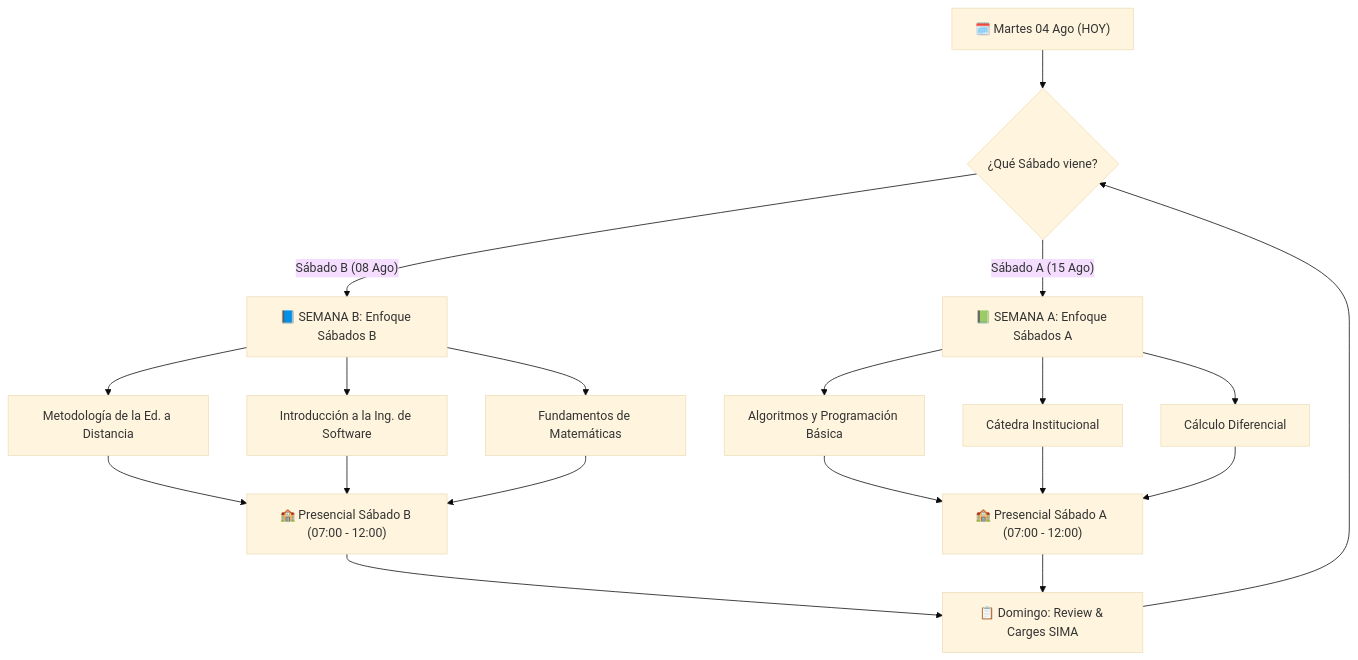
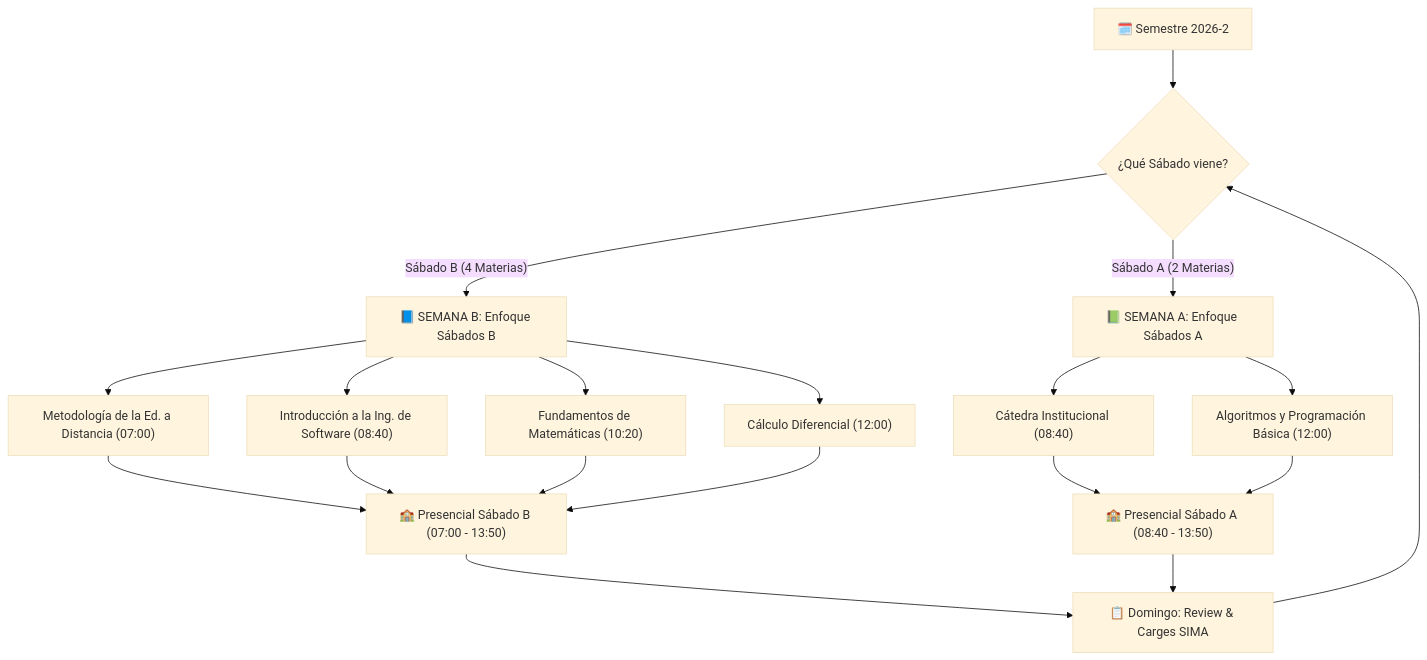
Before and after one commit to e12jassir/UDC: the diagram in Horario y Roadmap Semestral.md, drawn with Mermaid (base theme). The commit also changed other lines of this file and 4 other files, not shown here.

````diff
--- a/Horario y Roadmap Semestral.md
+++ b/Horario y Roadmap Semestral.md
@@ -65,20 +67,20 @@
 ```mermaid
 graph TD
-    A["🗓️ Martes 04 Ago (HOY)"] --> B{"¿Qué Sábado viene?"}
+    A["🗓️ Semestre 2026-2"] --> B{"¿Qué Sábado viene?"}
     
-    B -- "Sábado B (08 Ago)" --> C["📘 SEMANA B: Enfoque Sábados B"]
-    C --> C1["Metodología de la Ed. a Distancia"]
-    C --> C2["Introducción a la Ing. de Software"]
-    C --> C3["Fundamentos de Matemáticas"]
-    C1 & C2 & C3 --> D["🏫 Presencial Sábado B (07:00 - 12:00)"]
+    B -- "Sábado B (4 Materias)" --> C["📘 SEMANA B: Enfoque Sábados B"]
+    C --> C1["Metodología de la Ed. a Distancia (07:00)"]
+    C --> C2["Introducción a la Ing. de Software (08:40)"]
+    C --> C3["Fundamentos de Matemáticas (10:20)"]
+    C --> C4["Cálculo Diferencial (12:00)"]
+    C1 & C2 & C3 & C4 --> D["🏫 Presencial Sábado B (07:00 - 13:50)"]
     
-    B -- "Sábado A (15 Ago)" --> E["📗 SEMANA A: Enfoque Sábados A"]
-    E --> E1["Algoritmos y Programación Básica"]
-    E --> E2["Cátedra Institucional"]
-    E --> E3["Cálculo Diferencial"]
-    E1 & E2 & E3 --> F["🏫 Presencial Sábado A (07:00 - 12:00)"]
+    B -- "Sábado A (2 Materias)" --> E["📗 SEMANA A: Enfoque Sábados A"]
+    E --> E1["Cátedra Institucional (08:40)"]
+    E --> E2["Algoritmos y Programación Básica (12:00)"]
+    E1 & E2 --> F["🏫 Presencial Sábado A (08:40 - 13:50)"]
     
     D --> G["📋 Domingo: Review & Carges SIMA"]
     F --> G
     G --> B
 ```
````
